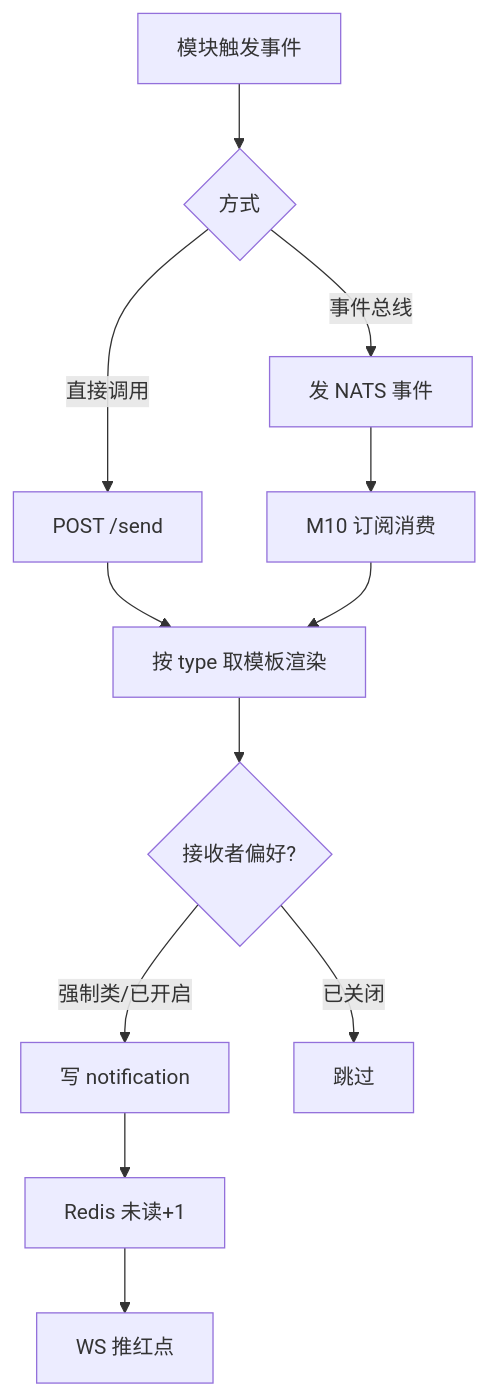
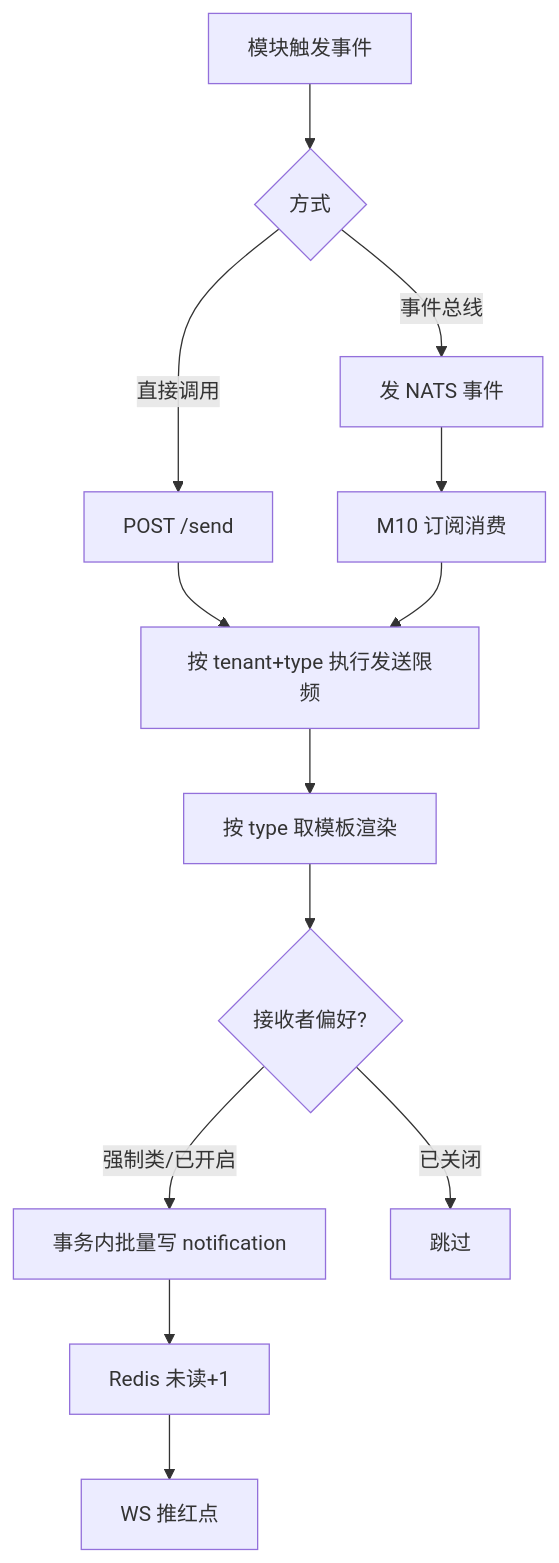
One commit to menghuishisan/CHAIMIR changed the first of 5 diagrams in docs/10-通知与实时推送/04-业务流程与状态机.md. Above: the diagram before and after it, drawn with Mermaid. The commit also changed other lines of this file and 499 other files, not shown here.

````diff
--- a/docs/10-通知与实时推送/04-业务流程与状态机.md
+++ b/docs/10-通知与实时推送/04-业务流程与状态机.md
@@ -10,14 +10,15 @@
 ```mermaid
 flowchart TD
     A[模块触发事件] --> B{方式}
     B -->|直接调用| C[POST /send]
     B -->|事件总线| D[发 NATS 事件]
     D --> E[M10 订阅消费]
-    C --> F[按 type 取模板渲染]
-    E --> F
+    C --> R[按 tenant+type 执行发送限频]
+    E --> R
+    R --> F[按 type 取模板渲染]
     F --> G{接收者偏好?}
-    G -->|强制类/已开启| H[写 notification]
+    G -->|强制类/已开启| H[事务内批量写 notification]
     G -->|已关闭| I[跳过]
     H --> J[Redis 未读+1]
     J --> K[WS 推红点]
 ```
````
